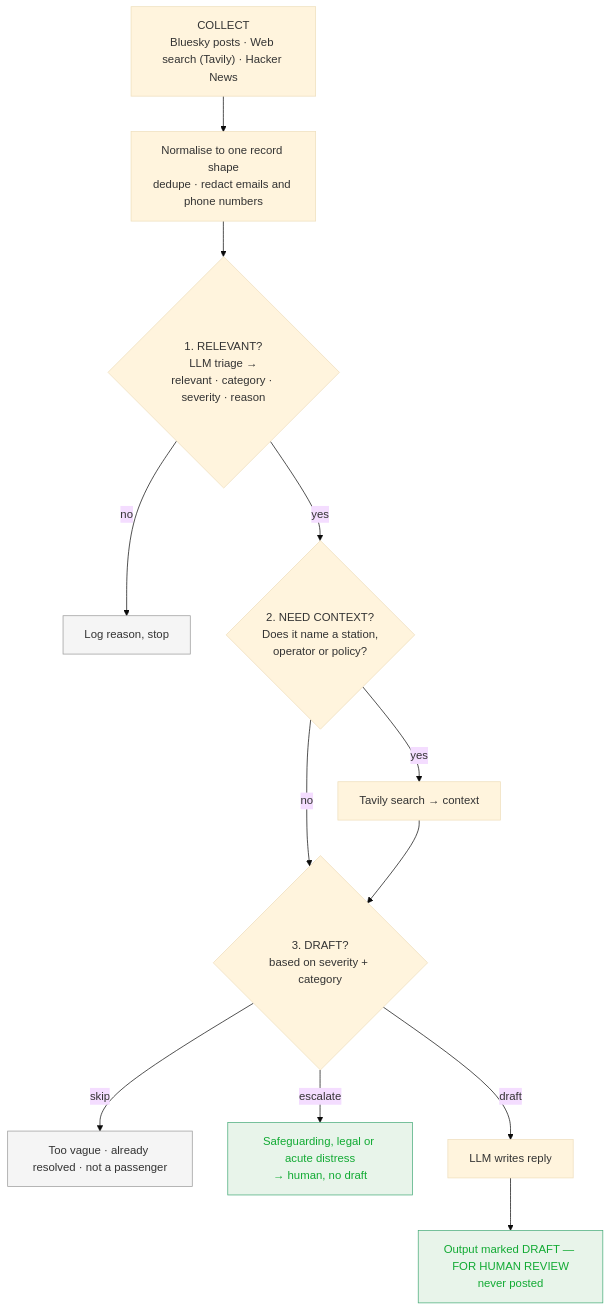
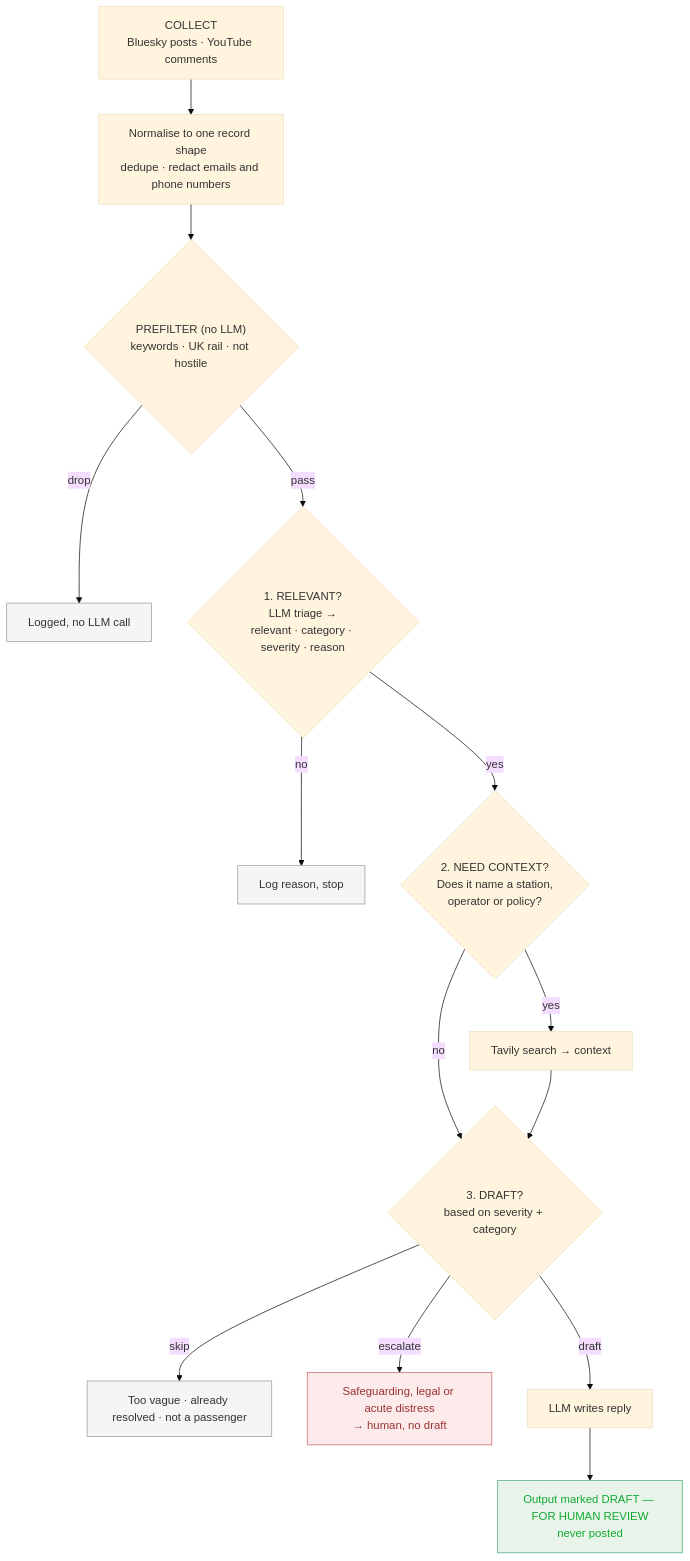
One commit to nmakoui/passenger-assistance-agent changed the diagram in diagram.md. Above: the diagram before and after it, drawn with Mermaid (base theme). The commit also changed other lines of this file and 1 other file, not shown here.

Commit message:
docs: diagram matches demo sources, add prefilter box

````diff
--- a/diagram.md
+++ b/diagram.md
@@ -3,27 +4,33 @@
 ```mermaid
 flowchart TD
-    A["COLLECT<br/>Bluesky posts · Web search (Tavily) · Hacker News"]
+    A["COLLECT<br/>Bluesky posts · YouTube comments"]
     B["Normalise to one record shape<br/>dedupe · redact emails and phone numbers"]
-    A --> B --> C
+    A --> B --> P
+
+    P{"PREFILTER (no LLM)<br/>keywords · UK rail · not hostile"}
+    P -->|drop| P1["Logged, no LLM call"]
+    P -->|pass| C
 
     C{"1. RELEVANT?<br/>LLM triage →<br/>relevant · category · severity · reason"}
     C -->|no| C1["Log reason, stop"]
     C -->|yes| D
 
     D{"2. NEED CONTEXT?<br/>Does it name a station,<br/>operator or policy?"}
     D -->|no| E
     D -->|yes| D1["Tavily search → context"]
     D1 --> E
 
     E{"3. DRAFT?<br/>based on severity + category"}
     E -->|skip| E1["Too vague · already resolved · not a passenger"]
     E -->|escalate| E2["Safeguarding, legal or acute distress<br/>→ human, no draft"]
     E -->|draft| F["LLM writes reply"]
 
     F --> G["Output marked DRAFT — FOR HUMAN REVIEW<br/>never posted"]
 
     classDef stop fill:#f5f5f5,stroke:#999,color:#333
+    classDef halt fill:#fdeaea,stroke:#c66,color:#933
     classDef out fill:#e8f4ea,stroke:#4a7,color:#1a3
-    class C1,E1 stop
-    class E2,G out
+    class C1,E1,P1 stop
+    class E2 halt
+    class G out
 ```
````
